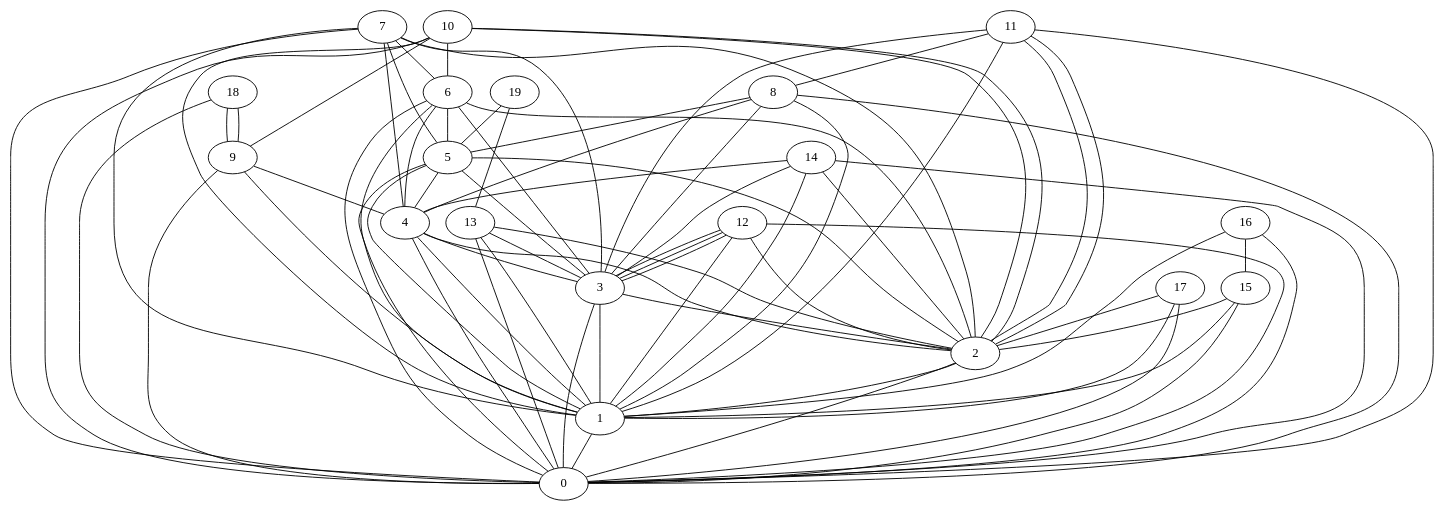
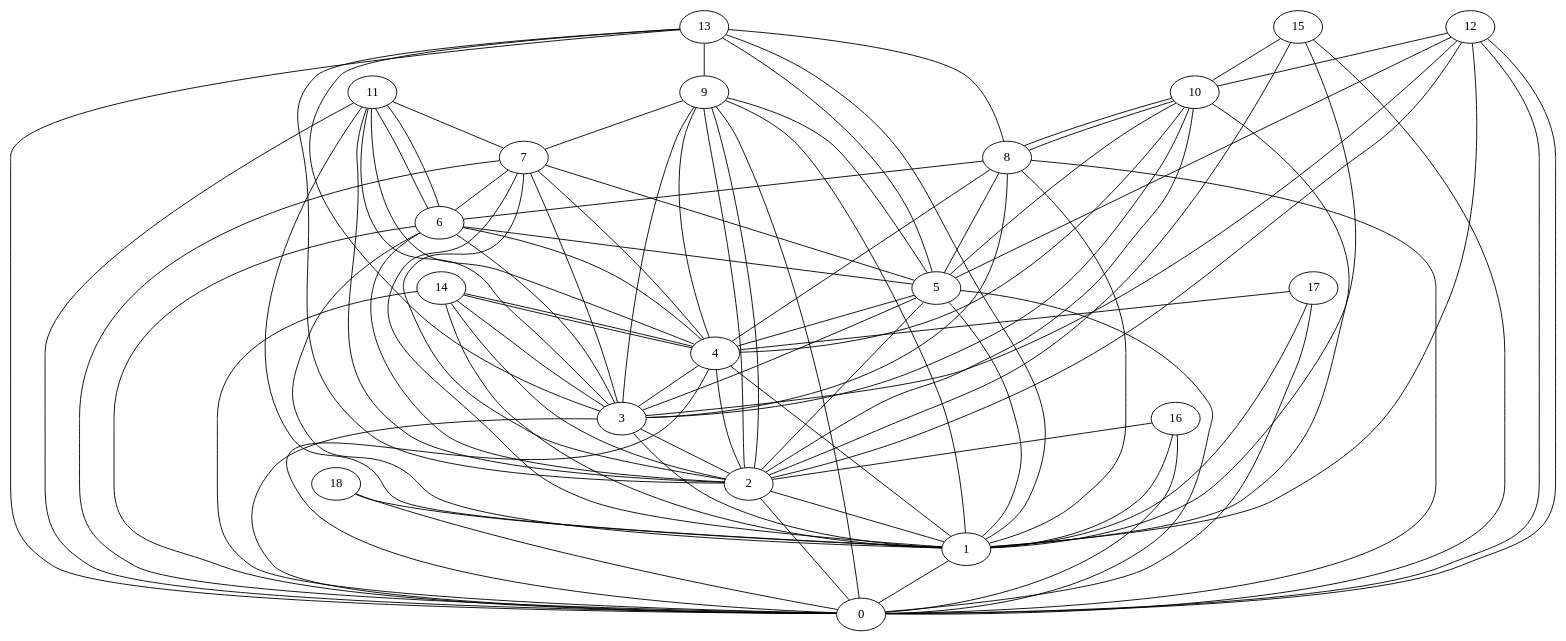
One commit to denizsurmeli/random-graph-generator changed the diagram in feeds/out/O-9-20-20-SA.dot. Above: the diagram before and after it, drawn with Graphviz. The commit also changed 357 other files, not shown here.

```diff
--- a/feeds/out/O-9-20-20-SA.dot
+++ b/feeds/out/O-9-20-20-SA.dot
@@ -1,99 +1,110 @@
 graph G {
 0;
 1;
 2;
 3;
 4;
 5;
 6;
 7;
 8;
 9;
 10;
 11;
 12;
 13;
 14;
 15;
 16;
 17;
 18;
-19;
-19--5 ;
-19--13 ;
+18--1 ;
 18--0 ;
-18--9 ;
-18--9 ;
-17--2 ;
+17--4 ;
 17--0 ;
 17--1 ;
-16--15 ;
+16--2 ;
+16--0 ;
 16--1 ;
-16--0 ;
-15--1 ;
+15--10 ;
 15--0 ;
 15--2 ;
+15--1 ;
+14--4 ;
+14--3 ;
 14--1 ;
+14--0 ;
 14--4 ;
-14--0 ;
-14--3 ;
 14--2 ;
+13--8 ;
 13--0 ;
+13--5 ;
 13--2 ;
+13--9 ;
 13--1 ;
 13--3 ;
 12--0 ;
+12--5 ;
+12--10 ;
+12--0 ;
 12--3 ;
-12--3 ;
-12--3 ;
+12--2 ;
 12--1 ;
-12--2 ;
-11--8 ;
+11--1 ;
+11--7 ;
+11--0 ;
+11--6 ;
+11--2 ;
+11--4 ;
+11--6 ;
 11--3 ;
-11--2 ;
-11--1 ;
-11--0 ;
-11--2 ;
-10--6 ;
+10--8 ;
+10--1 ;
+10--8 ;
+10--5 ;
+10--3 ;
 10--2 ;
-10--9 ;
-10--0 ;
-10--2 ;
-10--1 ;
+10--4 ;
+9--5 ;
+9--1 ;
 9--0 ;
-9--1 ;
+9--3 ;
+9--2 ;
+9--2 ;
+9--7 ;
 9--4 ;
 8--1 ;
+8--4 ;
+8--6 ;
+8--3 ;
 8--5 ;
-8--3 ;
-8--4 ;
 8--0 ;
+7--4 ;
 7--5 ;
-7--2 ;
-7--3 ;
 7--1 ;
 7--0 ;
-7--4 ;
 7--6 ;
+7--3 ;
+7--2 ;
+6--3 ;
+6--2 ;
 6--5 ;
-6--3 ;
 6--1 ;
+6--0 ;
 6--4 ;
-6--0 ;
-6--2 ;
 5--4 ;
-5--1 ;
-5--2 ;
 5--0 ;
 5--3 ;
+5--2 ;
+5--1 ;
+4--1 ;
+4--3 ;
 4--2 ;
-4--3 ;
 4--0 ;
-4--1 ;
+3--1 ;
 3--0 ;
 3--2 ;
-3--1 ;
+2--0 ;
 2--1 ;
-2--0 ;
 1--0 ;
 }
```
